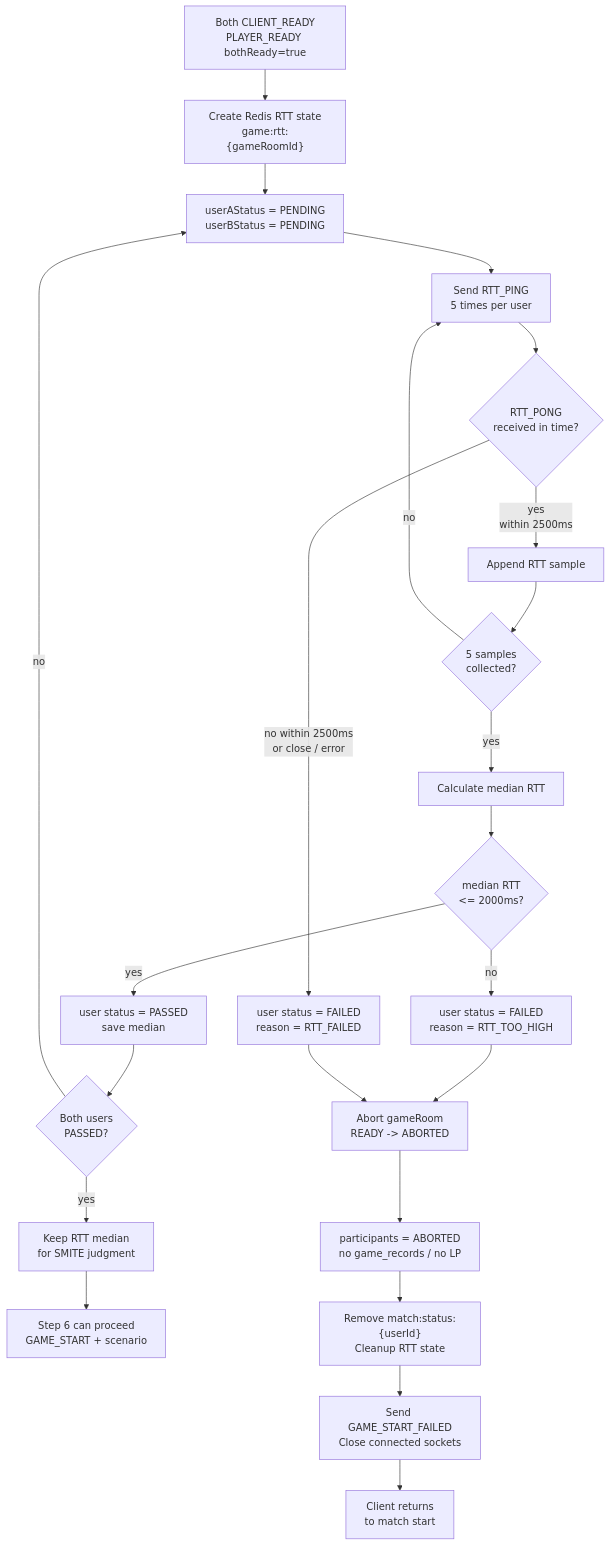
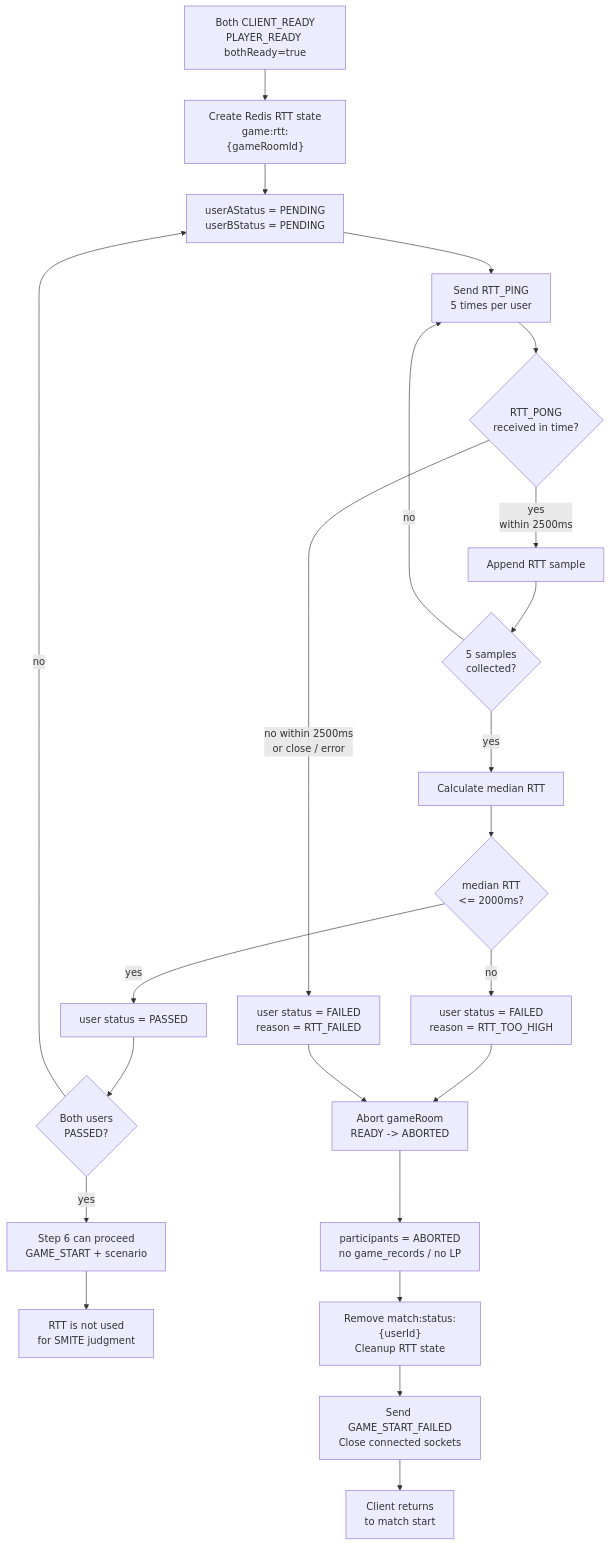
One commit to moonwhistle/League-of-Star changed the first of 7 diagrams in docs/antigravity/backend/issue-44-game-rtt-measurement.md. Above: the diagram before and after it, drawn with Mermaid. The commit also changed other lines of this file and 13 other files, not shown here.

````diff
--- a/docs/antigravity/backend/issue-44-game-rtt-measurement.md
+++ b/docs/antigravity/backend/issue-44-game-rtt-measurement.md
@@ -5,31 +5,31 @@
 ```mermaid
 flowchart TD
     A["Both CLIENT_READY<br/>PLAYER_READY bothReady=true"] --> B["Create Redis RTT state<br/>game:rtt:{gameRoomId}"]
     B --> C["userAStatus = PENDING<br/>userBStatus = PENDING"]
 
     C --> D["Send RTT_PING<br/>5 times per user"]
     D --> E{"RTT_PONG<br/>received in time?"}
 
     E -->|"yes<br/>within 2500ms"| F["Append RTT sample"]
     F --> G{"5 samples<br/>collected?"}
     G -->|"no"| D
     G -->|"yes"| H["Calculate median RTT"]
 
     H --> I{"median RTT<br/><= 2000ms?"}
-    I -->|"yes"| J["user status = PASSED<br/>save median"]
+    I -->|"yes"| J["user status = PASSED"]
     I -->|"no"| K["user status = FAILED<br/>reason = RTT_TOO_HIGH"]
 
     E -->|"no within 2500ms<br/>or close / error"| L["user status = FAILED<br/>reason = RTT_FAILED"]
 
     J --> M{"Both users<br/>PASSED?"}
-    M -->|"yes"| N["Keep RTT median<br/>for SMITE judgment"]
-    N --> NA["Step 6 can proceed<br/>GAME_START + scenario"]
+    M -->|"yes"| N["Step 6 can proceed<br/>GAME_START + scenario"]
+    N --> NA["RTT is not used<br/>for SMITE judgment"]
     M -->|"no"| C
 
     K --> O["Abort gameRoom<br/>READY -> ABORTED"]
     L --> O
     O --> P["participants = ABORTED<br/>no game_records / no LP"]
     P --> Q["Remove match:status:{userId}<br/>Cleanup RTT state"]
     Q --> R["Send GAME_START_FAILED<br/>Close connected sockets"]
     R --> S["Client returns<br/>to match start"]
 ```
````
